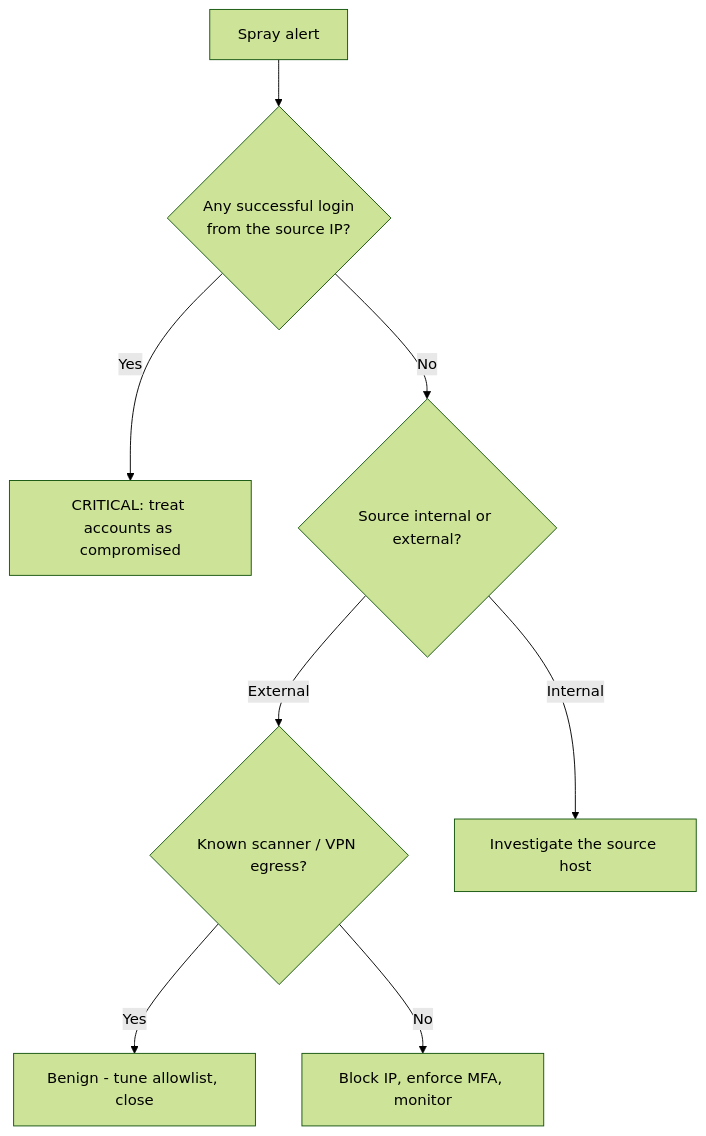
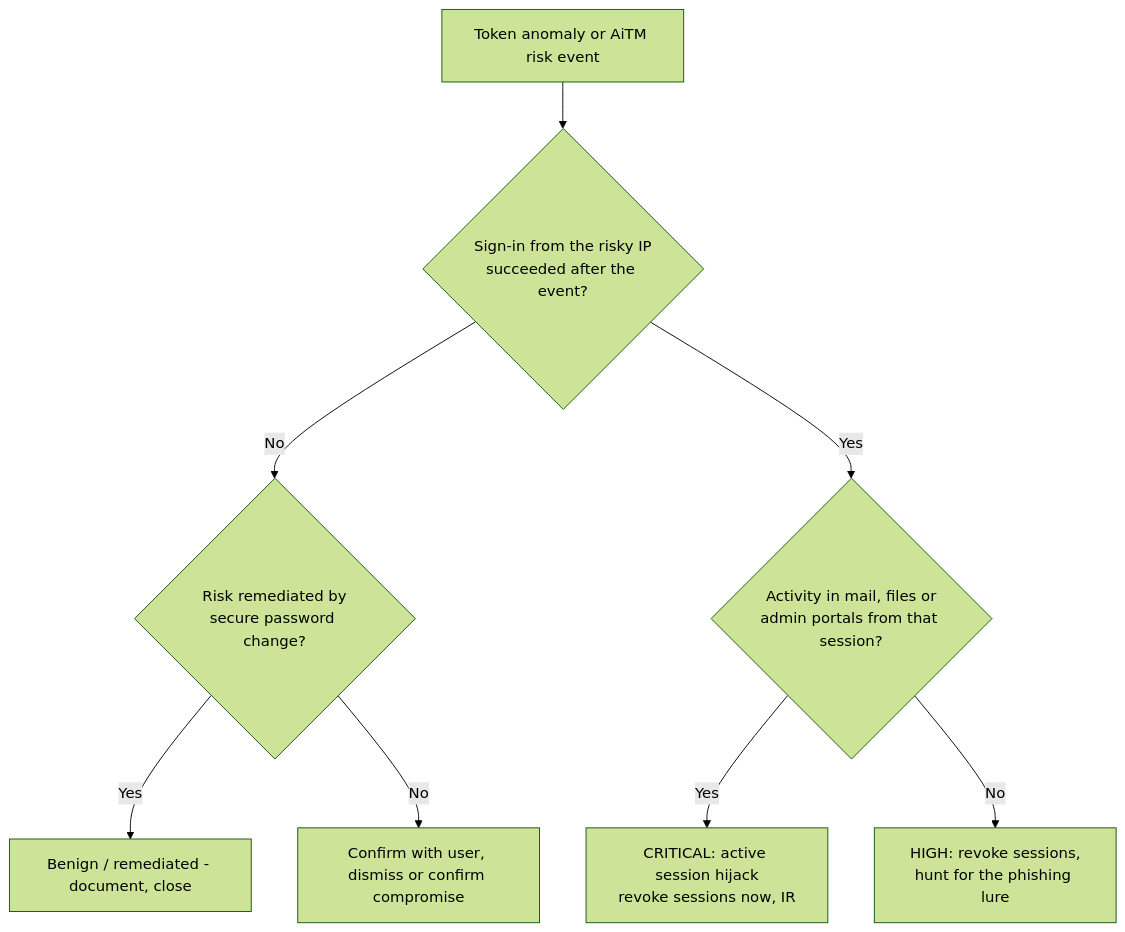
The diagram in README.md (rizwancyberlock-svg/soc-triage-playbooks), drawn with Mermaid (forest theme) before and after one commit. The commit also changed other lines of this file and 73 other files, not shown here.

````diff
--- a/README.md
+++ b/README.md
@@ -48,10 +59,10 @@
 ```mermaid
 flowchart TD
-  A[Spray alert] --> B{Any successful login<br/>from the source IP?}
-  B -- Yes --> C[CRITICAL: treat accounts as compromised]
-  B -- No --> D{Source internal or external?}
-  D -- External --> E{Known scanner / VPN egress?}
-  E -- Yes --> F[Benign - tune allowlist, close]
-  E -- No --> G[Block IP, enforce MFA, monitor]
-  D -- Internal --> H[Investigate the source host]
+  A[Token anomaly or AiTM risk event] --> B{Sign-in from the risky IP<br/>succeeded after the event?}
+  B -- No --> C{Risk remediated by<br/>secure password change?}
+  C -- Yes --> D[Benign / remediated - document, close]
+  C -- No --> E[Confirm with user, dismiss or confirm compromise]
+  B -- Yes --> F{Activity in mail, files or<br/>admin portals from that session?}
+  F -- Yes --> G[CRITICAL: active session hijack<br/>revoke sessions now, IR]
+  F -- No --> H[HIGH: revoke sessions,<br/>hunt for the phishing lure]
 ```
````
